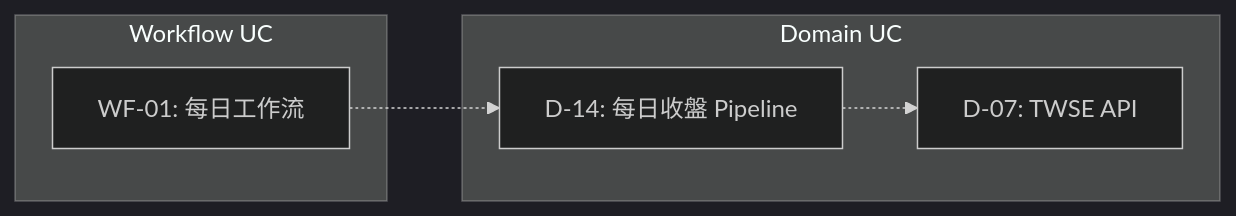
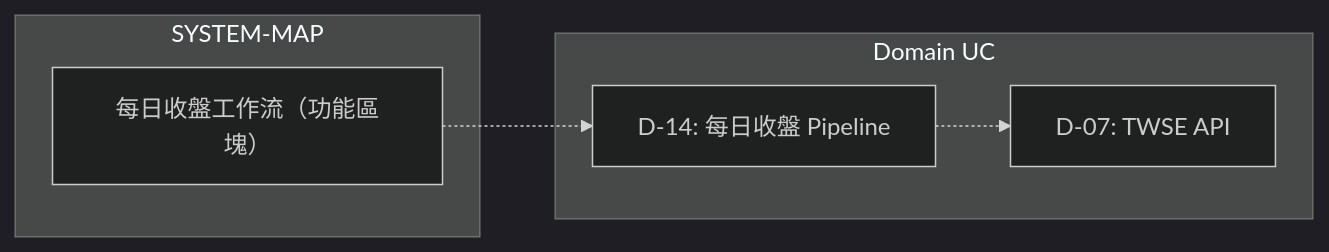
The diagram in commands/claude/daily-maintain.md (ChiahungTai/ai-rules), drawn with Mermaid before and after one commit. The commit also changed 8 other files, not shown here.

````diff
--- a/commands/claude/daily-maintain.md
+++ b/commands/claude/daily-maintain.md
@@ -66,13 +66,13 @@
 ```mermaid
 %%{init: {'theme': 'dark'}}%%
 graph LR
   subgraph Domain UC
     D-14["D-14: 每日收盤 Pipeline"]
     D-07["D-07: TWSE API"]
   end
-  subgraph Workflow UC
-    WF-01["WF-01: 每日工作流"]
+  subgraph SYSTEM-MAP
+    daily_close["每日收盤工作流（功能區塊）"]
   end
-  WF-01 -.-> D-14
+  daily_close -.-> D-14
   D-14 -.-> D-07
 ```
````
